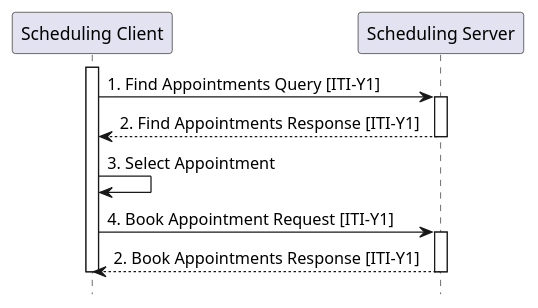
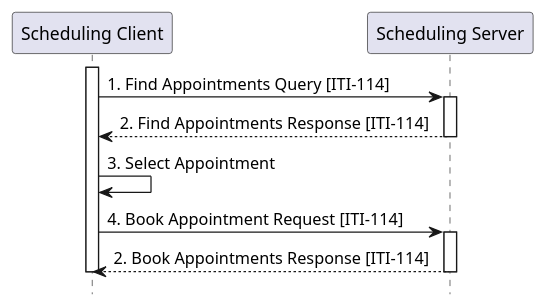
Before and after one commit to IHE/ITI.Scheduling: the diagram in input/images-source/usecase1-processflow.plantuml, drawn with PlantUML. The commit also changed 12 other files, not shown here.

```diff
--- a/input/images-source/usecase1-processflow.plantuml
+++ b/input/images-source/usecase1-processflow.plantuml
@@ -1,23 +1,23 @@
 @startuml usecase1-processflow
 skinparam svgDimensionStyle false
 hide footbox
 
 participant "Scheduling Client" as Client
 participant "Scheduling Server" as Server
 
 activate "Client"
-"Client" -> "Server" : 1. Find Appointments Query [ITI-Y1]
+"Client" -> "Server" : 1. Find Appointments Query [ITI-114]
 
 activate "Server"
-"Server" --> "Client" : 2. Find Appointments Response [ITI-Y1]
+"Server" --> "Client" : 2. Find Appointments Response [ITI-114]
 deactivate "Server"
 
 "Client" -> "Client" : 3. Select Appointment
-"Client" -> "Server" : 4. Book Appointment Request [ITI-Y1]
+"Client" -> "Server" : 4. Book Appointment Request [ITI-114]
 
 Activate "Server"
-"Server" --> "Client" : 2. Book Appointments Response [ITI-Y1]
+"Server" --> "Client" : 2. Book Appointments Response [ITI-114]
 deactivate "Server"
 
 deactivate "Client"
 @enduml
```
